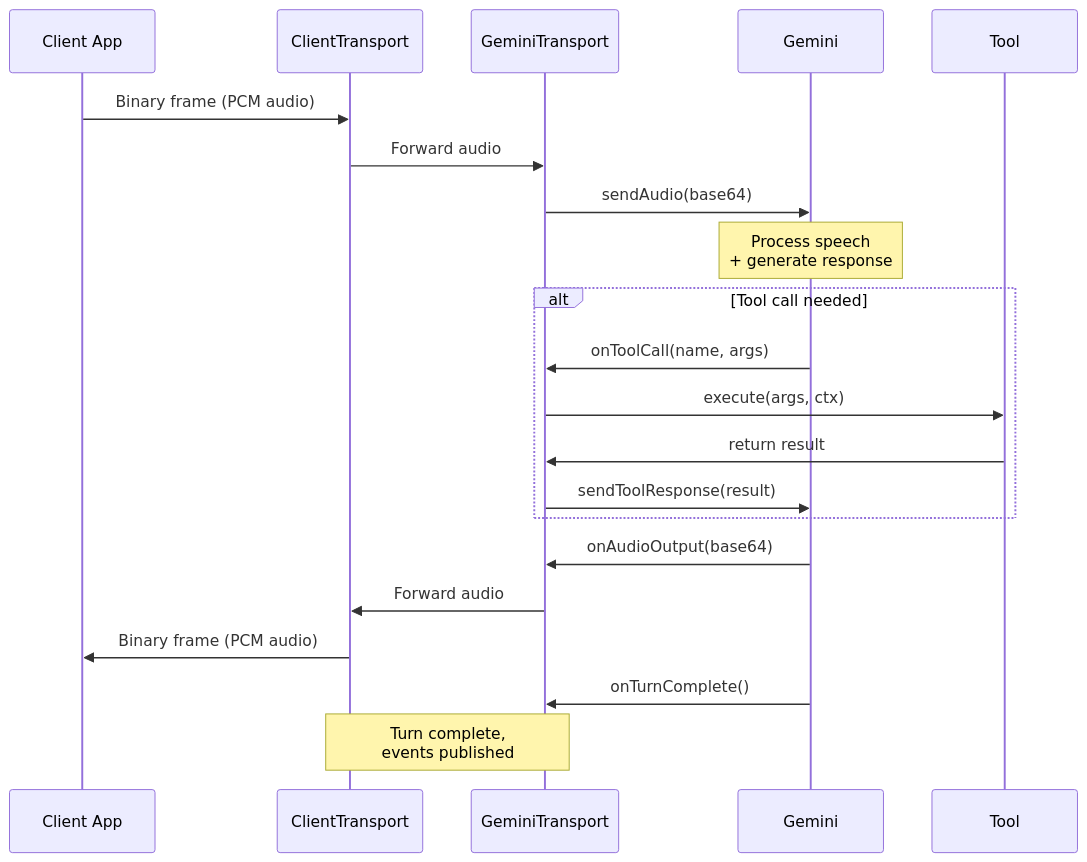
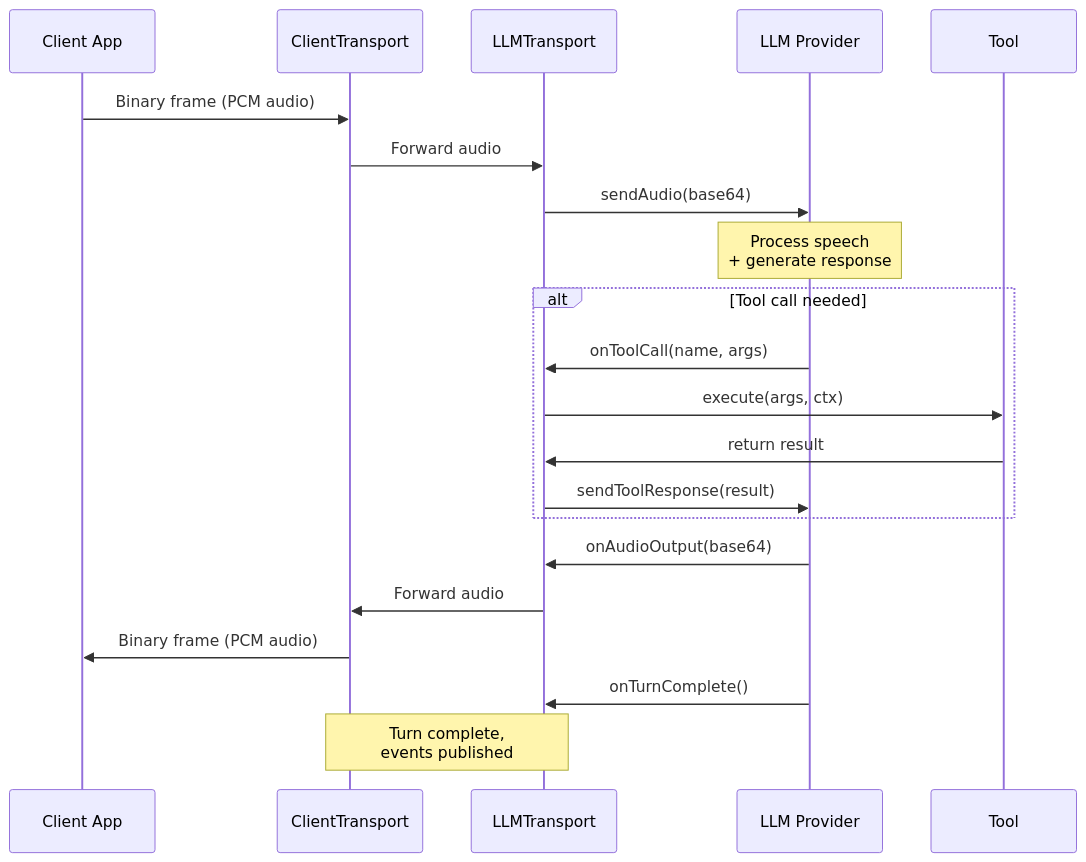
The fourth of 11 diagrams in docs/guide/architecture.md (randombet/bodhi_realtime_agent), drawn with Mermaid before and after one commit. The commit also changed other lines of this file and 15 other files, not shown here.

First line of the commit message:
docs: update all docs for LLM transport decoupling (multi-provider support)

````diff
--- a/docs/guide/architecture.md
+++ b/docs/guide/architecture.md
@@ -106,27 +106,27 @@
 ```mermaid
 sequenceDiagram
     participant C as Client App
     participant CT as ClientTransport
-    participant GT as GeminiTransport
-    participant G as Gemini
+    participant GT as LLMTransport
+    participant G as LLM Provider
     participant T as Tool
 
     C->>CT: Binary frame (PCM audio)
     CT->>GT: Forward audio
     GT->>G: sendAudio(base64)
     Note over G: Process speech<br/>+ generate response
 
     alt Tool call needed
         G->>GT: onToolCall(name, args)
         GT->>T: execute(args, ctx)
         T->>GT: return result
         GT->>G: sendToolResponse(result)
     end
 
     G->>GT: onAudioOutput(base64)
     GT->>CT: Forward audio
     CT->>C: Binary frame (PCM audio)
 
     G->>GT: onTurnComplete()
     Note over CT,GT: Turn complete,<br/>events published
 ```
````
